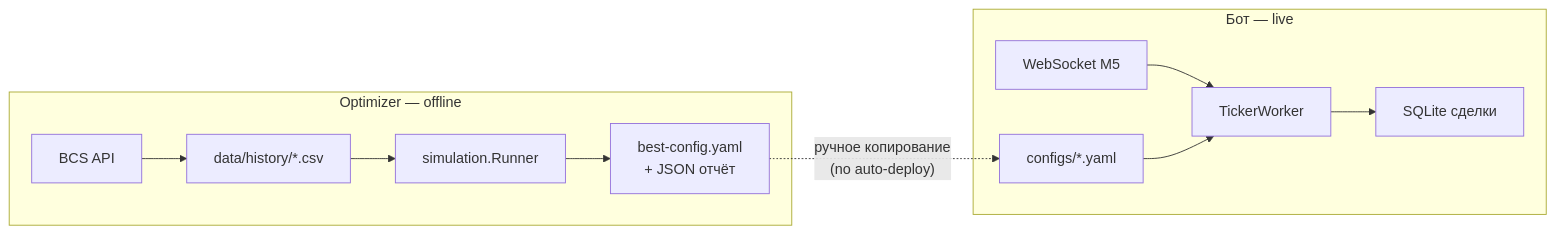
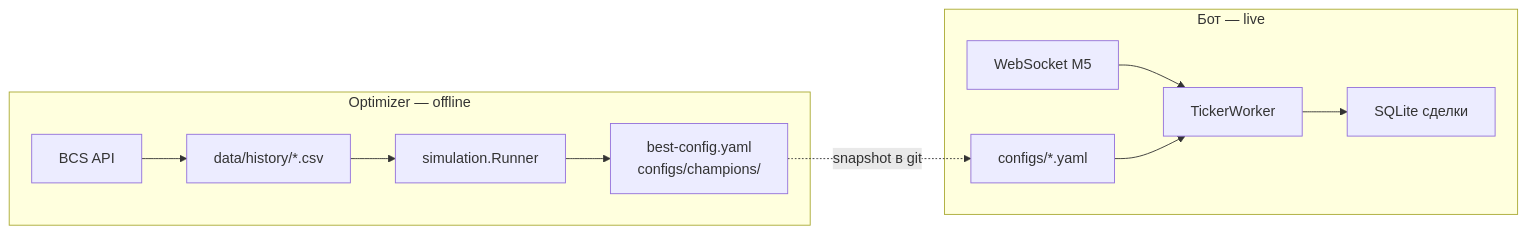
Before and after one commit to motokazmin/bcs-trading-bot: the third of 5 diagrams in cmd/optimizer/README.md, drawn with Mermaid. The commit also changed other lines of this file and 43 other files, not shown here.

````diff
--- a/cmd/optimizer/README.md
+++ b/cmd/optimizer/README.md
@@ -98,16 +102,16 @@
 ```mermaid
 flowchart LR
     subgraph offline["Optimizer — offline"]
         API["BCS API"] --> CSV["data/history/*.csv"]
         CSV --> SIM["simulation.Runner"]
-        SIM --> OUT["best-config.yaml<br/>+ JSON отчёт"]
+        SIM --> OUT["best-config.yaml<br/>configs/champions/"]
     end
 
     subgraph live["Бот — live"]
         WS["WebSocket M5"] --> W["TickerWorker"]
         CFG["configs/*.yaml"] --> W
         W --> DB["SQLite сделки"]
     end
 
-    OUT -. "ручное копирование<br/>(no auto-deploy)" .-> CFG
+    OUT -. "snapshot в git" .-> CFG
 ```
````
